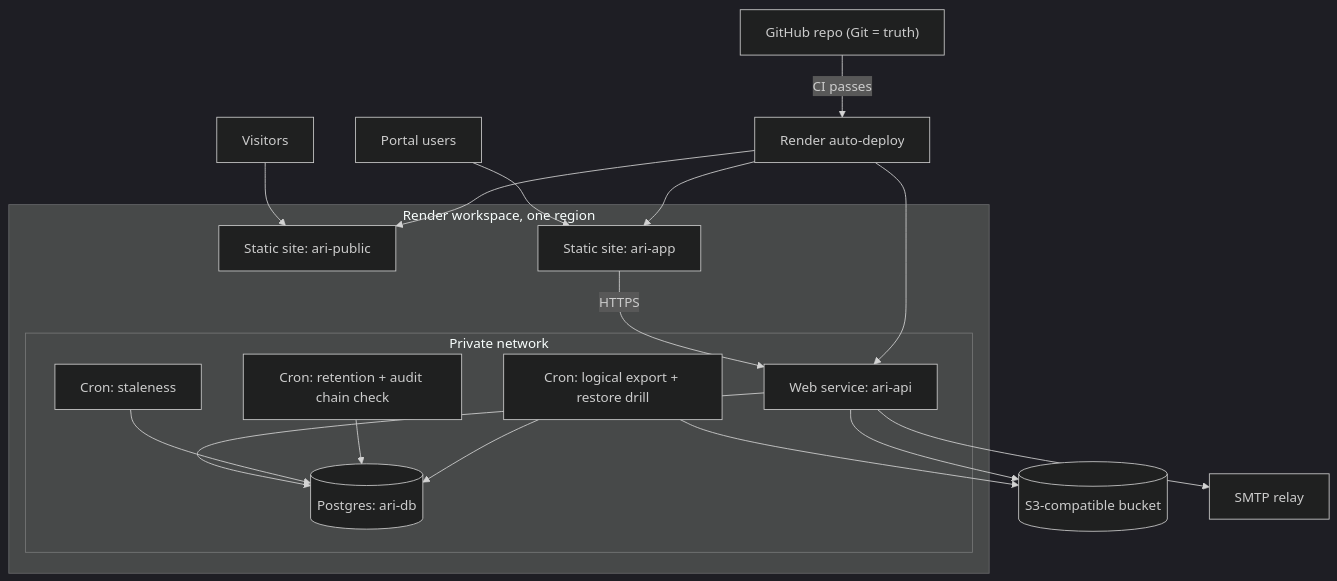
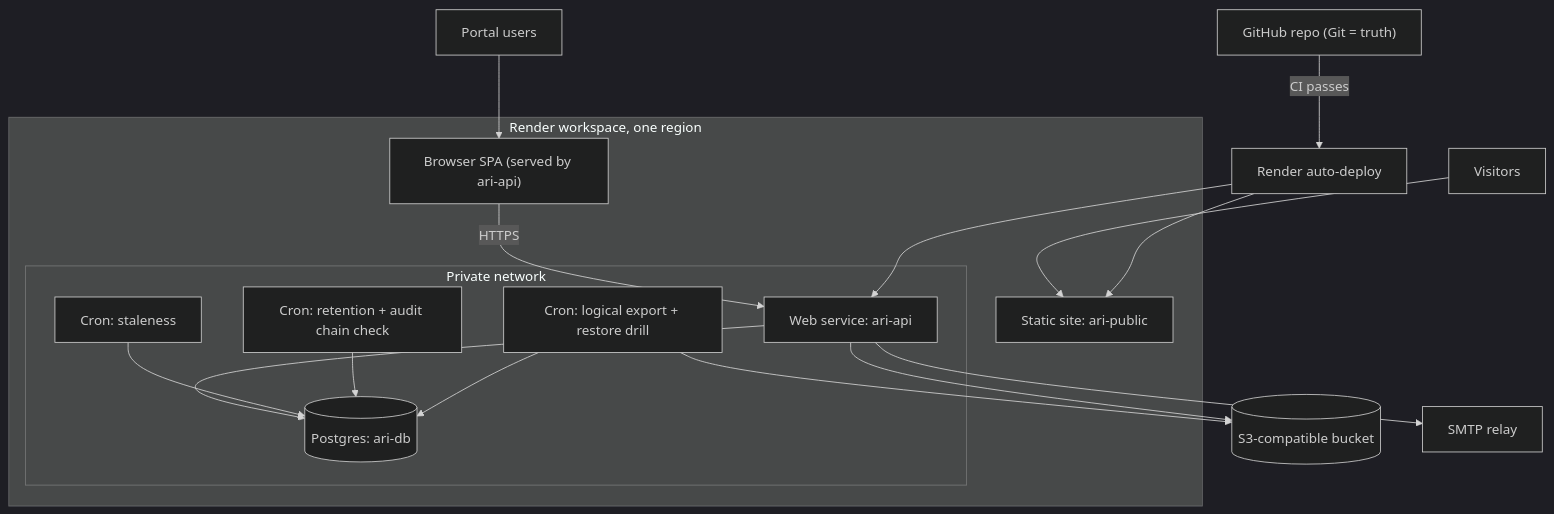
The first of 2 diagrams in plan/01-architecture/05-render-topology.md (johnny882020/ARI-PST), drawn with Mermaid (dark theme) before and after one commit. The commit also changed other lines of this file and 88 other files, not shown here.

````diff
--- a/plan/01-architecture/05-render-topology.md
+++ b/plan/01-architecture/05-render-topology.md
@@ -5,30 +7,29 @@
 ```mermaid
 flowchart TB
   GH["GitHub repo (Git = truth)"] -->|"CI passes"| RD["Render auto-deploy"]
   U1["Visitors"] --> PUB
   U2["Portal users"] --> APP
   subgraph Render["Render workspace, one region"]
     PUB["Static site: ari-public"]
-    APP["Static site: ari-app"]
+    APP["Browser SPA (served by ari-api)"]
     subgraph PN["Private network"]
       API["Web service: ari-api"]
       DB[("Postgres: ari-db")]
       C1["Cron: staleness"]
       C2["Cron: retention + audit chain check"]
       C3["Cron: logical export + restore drill"]
     end
   end
   OBJ[("S3-compatible bucket")]
   MAIL["SMTP relay"]
   APP -->|"HTTPS"| API
   API --> DB
   C1 --> DB
   C2 --> DB
   C3 --> DB
   C3 --> OBJ
   API --> OBJ
   API --> MAIL
   RD --> PUB
-  RD --> APP
   RD --> API
 ```
````
